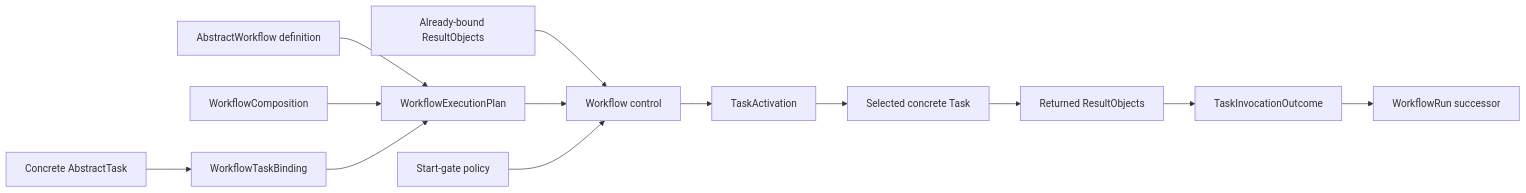
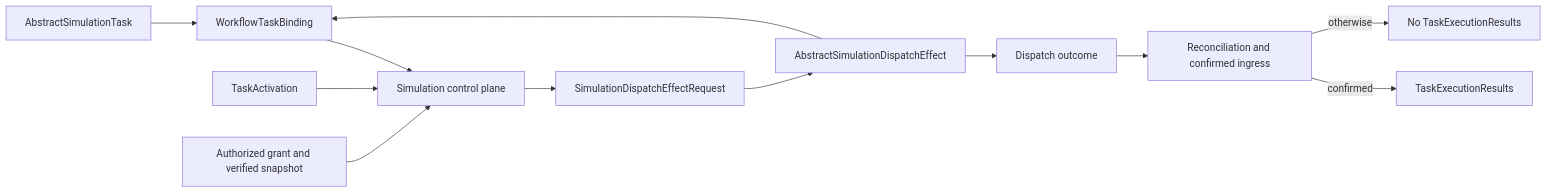
Before and after one commit to eragasa/ksdft2effmass: the seventh of 9 diagrams in docs/architecture/v2/ksdft2effmass/workflow/schematic.md, drawn with Mermaid. The commit also changed other lines of this file and 94 other files, not shown here.

Commit message:
docs(architecture): close nominal ABC migration gate

````diff
--- a/docs/architecture/v2/ksdft2effmass/workflow/schematic.md
+++ b/docs/architecture/v2/ksdft2effmass/workflow/schematic.md
@@ -58,15 +186,14 @@
 ```mermaid
 flowchart LR
-    workflow[AbstractWorkflow definition] --> plan[WorkflowExecutionPlan]
-    composition[WorkflowComposition] --> plan
-    binding[WorkflowTaskBinding] --> plan
-    task[Concrete AbstractTask] --> binding
-    result[Already-bound ResultObjects] --> control[Workflow control]
-    plan --> control
-    gates[Start-gate policy] --> control
-    control --> activation[TaskActivation]
-    activation --> selected[Selected concrete Task]
-    selected --> returned[Returned ResultObjects]
-    returned --> outcome[TaskInvocationOutcome]
-    outcome --> run[WorkflowRun successor]
+    task[AbstractSimulationTask] --> binding[WorkflowTaskBinding]
+    effect[AbstractSimulationDispatchEffect] --> binding
+    activation[TaskActivation] --> control[Simulation control plane]
+    binding --> control
+    authority[Authorized grant and verified snapshot] --> control
+    control --> request[SimulationDispatchEffectRequest]
+    request --> effect
+    effect --> outcome[Dispatch outcome]
+    outcome --> ingress[Reconciliation and confirmed ingress]
+    ingress -->|confirmed| results[TaskExecutionResults]
+    ingress -->|otherwise| none[No TaskExecutionResults]
 ```
````
